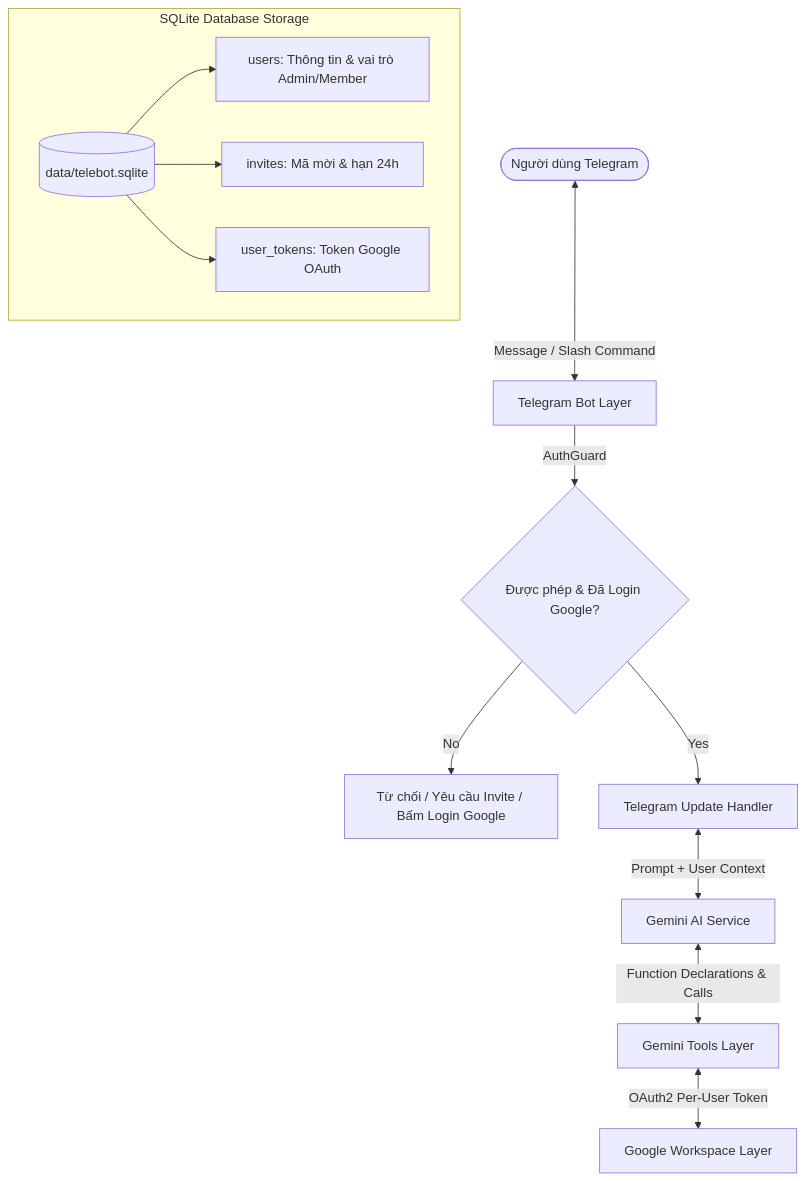
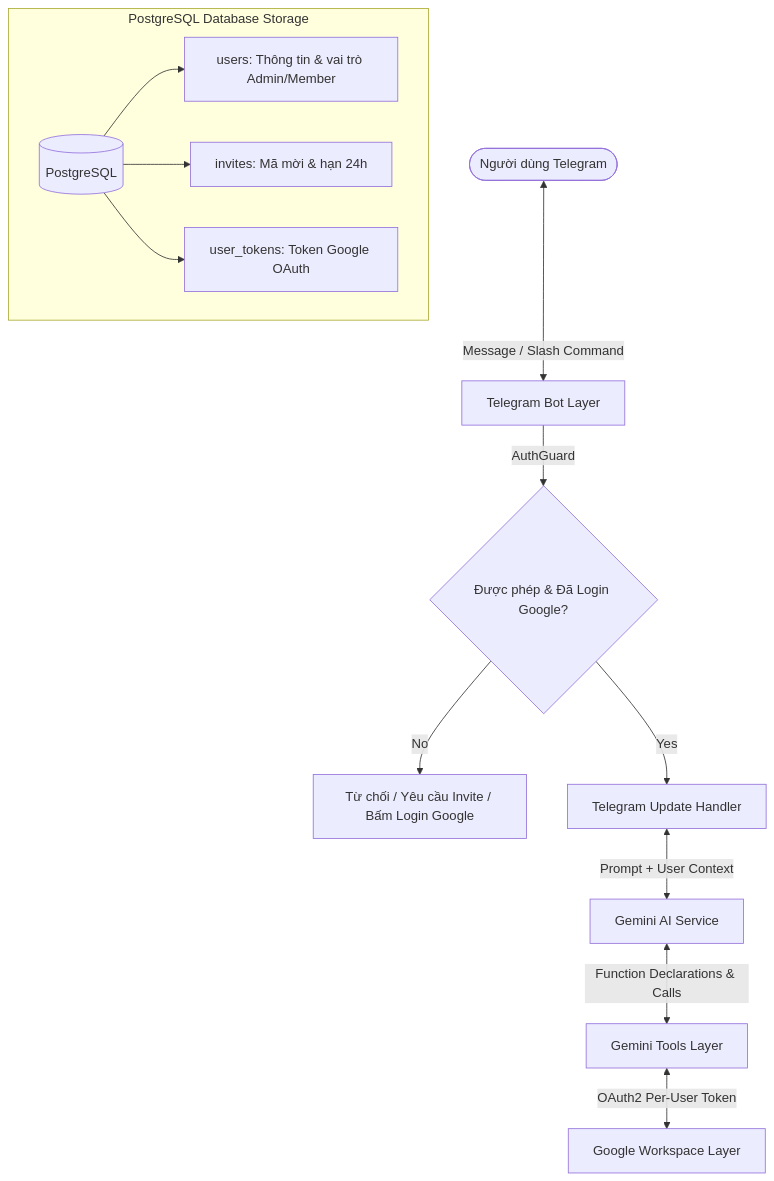
One commit to dat-dv/telebot changed the diagram in docs/architecture.md. Above: the diagram before and after it, drawn with Mermaid. The commit also changed other lines of this file and 25 other files, not shown here.

Commit message:
refactor: migrate database runtime from SQLite to PostgreSQL and remove legacy migration support

````diff
--- a/docs/architecture.md
+++ b/docs/architecture.md
@@ -16,18 +16,18 @@
 ```mermaid
 graph TD
     User([Người dùng Telegram]) <-->|Message / Slash Command| TG[Telegram Bot Layer]
     TG -->|AuthGuard| Guard{Được phép & Đã Login Google?}
     Guard -- No --> Reject[Từ chối / Yêu cầu Invite / Bấm Login Google]
     Guard -- Yes --> Handler[Telegram Update Handler]
     
     Handler <-->|Prompt + User Context| Gemini[Gemini AI Service]
     Gemini <-->|Function Declarations & Calls| Tools[Gemini Tools Layer]
     Tools <-->|OAuth2 Per-User Token| Google[Google Workspace Layer]
     
-    subgraph SQLite Database Storage
-        DB[(data/telebot.sqlite)]
+    subgraph PostgreSQL Database Storage
+        DB[(PostgreSQL)]
         DB --> UsersTable[users: Thông tin & vai trò Admin/Member]
         DB --> InvitesTable[invites: Mã mời & hạn 24h]
         DB --> TokensTable[user_tokens: Token Google OAuth]
     end
 ```
````
